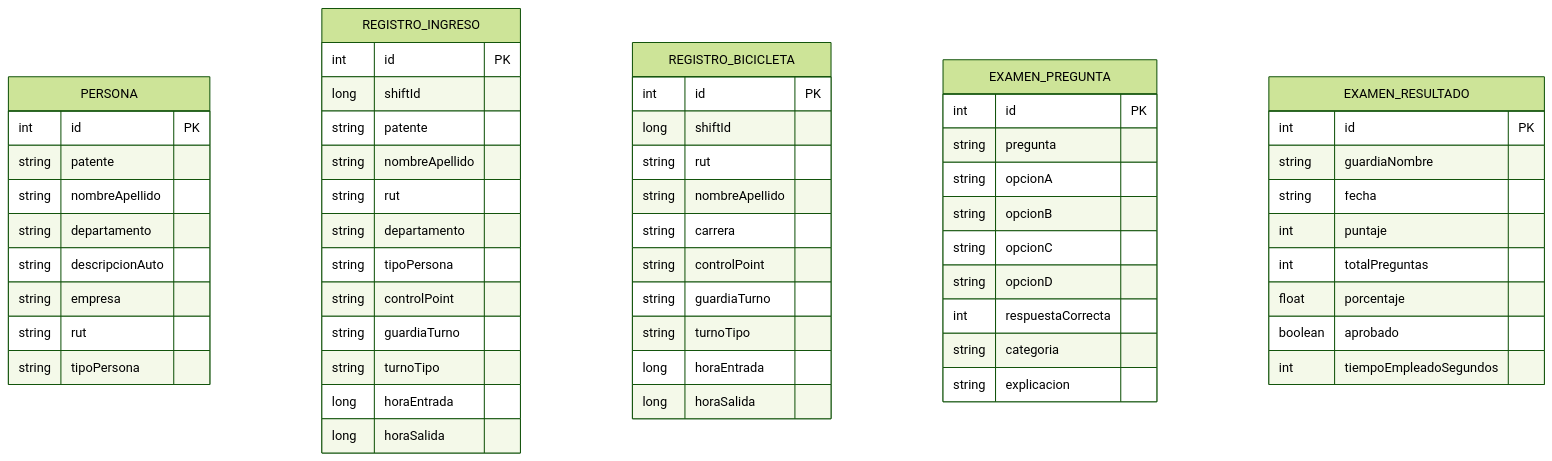
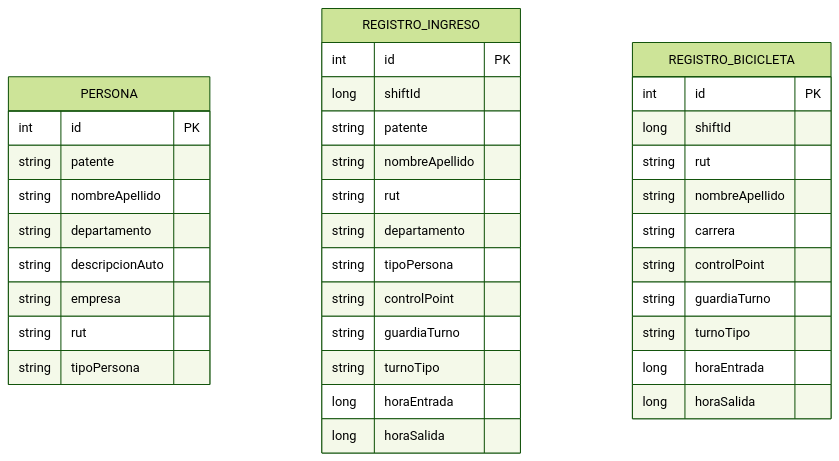
Before and after one commit to dur1al/controlate-android: the third of 3 diagrams in README.md, drawn with Mermaid (forest theme). The commit also changed other lines of this file and 3 other files, not shown here.

````diff
--- a/README.md
+++ b/README.md
@@ -121,64 +120,41 @@
 ```mermaid
 erDiagram
     PERSONA {
         int id PK
         string patente
         string nombreApellido
         string departamento
         string descripcionAuto
         string empresa
         string rut
         string tipoPersona
     }
 
     REGISTRO_INGRESO {
         int id PK
         long shiftId
         string patente
         string nombreApellido
         string rut
         string departamento
         string tipoPersona
         string controlPoint
         string guardiaTurno
         string turnoTipo
         long horaEntrada
         long horaSalida
     }
 
     REGISTRO_BICICLETA {
         int id PK
         long shiftId
         string rut
         string nombreApellido
         string carrera
         string controlPoint
         string guardiaTurno
         string turnoTipo
         long horaEntrada
         long horaSalida
     }
-
-    EXAMEN_PREGUNTA {
-        int id PK
-        string pregunta
-        string opcionA
-        string opcionB
-        string opcionC
-        string opcionD
-        int respuestaCorrecta
-        string categoria
-        string explicacion
-    }
-
-    EXAMEN_RESULTADO {
-        int id PK
-        string guardiaNombre
-        string fecha
-        int puntaje
-        int totalPreguntas
-        float porcentaje
-        boolean aprobado
-        int tiempoEmpleadoSegundos
-    }
 ```
````
